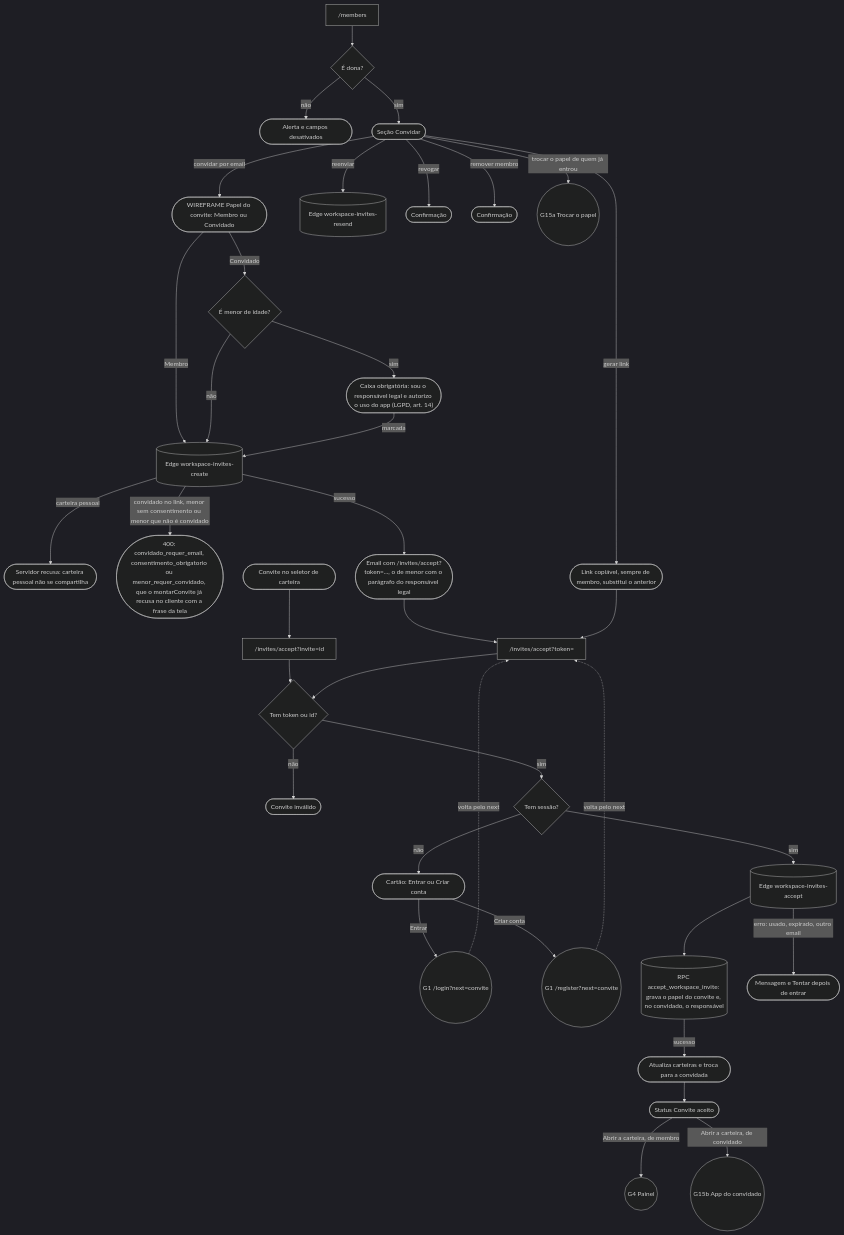
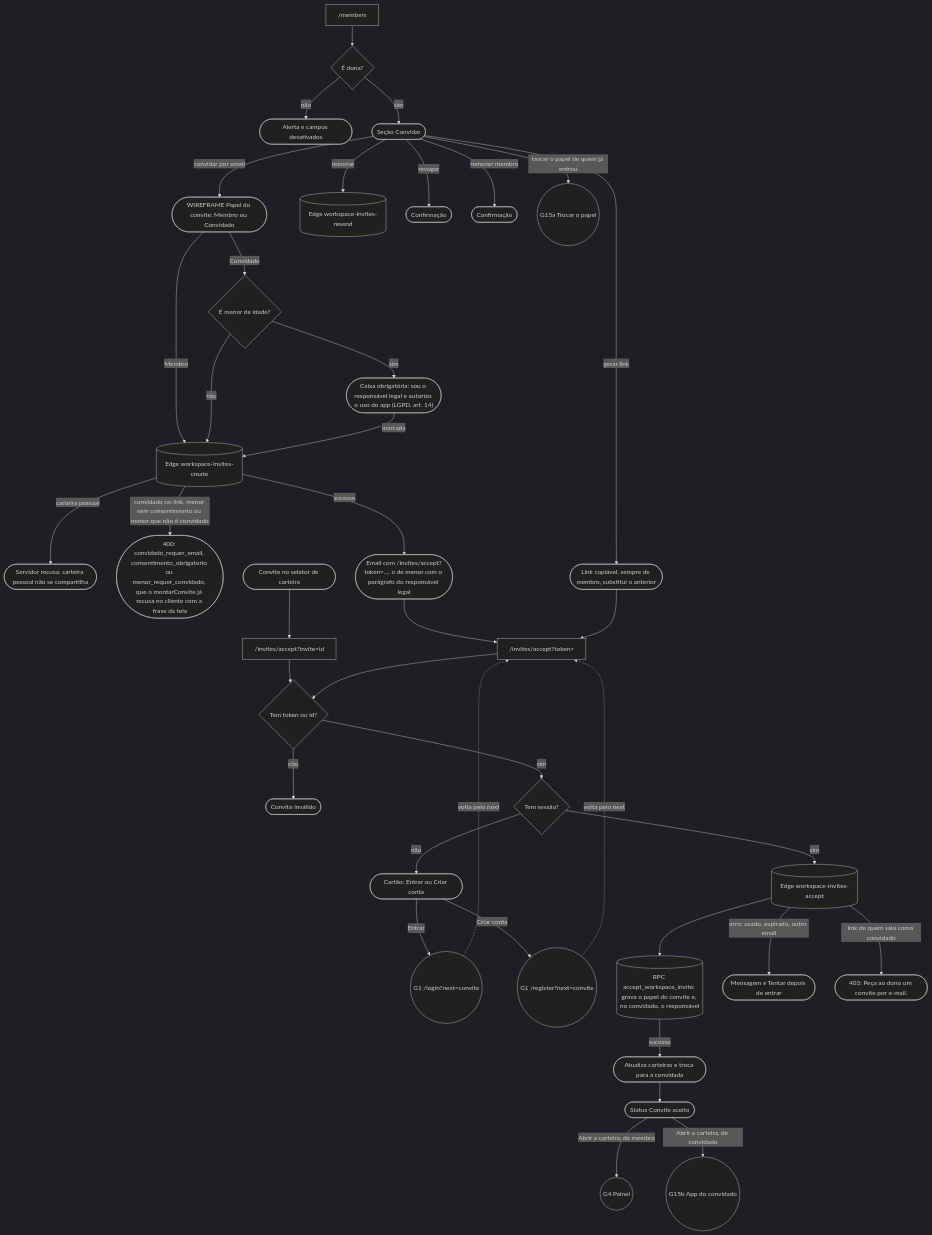
One commit to kauax2000/finance_app changed the fifth of 29 diagrams in docs/JORNADAS.md. Above: the diagram before and after it, drawn with Mermaid. The commit also changed other lines of this file and 8 other files, not shown here.

````diff
--- a/docs/JORNADAS.md
+++ b/docs/JORNADAS.md
@@ -328,41 +323,42 @@
 ```mermaid
 %%{init: {"theme": "dark"}}%%
 flowchart TD
     members["/members"] --> isOwner{"É dona?"}
     isOwner -->|"não"| readonly(["Alerta e campos desativados"])
     isOwner -->|"sim"| actions(["Seção Convidar"])
     actions -->|"convidar por email"| papel(["WIREFRAME Papel do convite: Membro ou Convidado"])
     papel -->|"Membro"| create[("Edge workspace-invites-create")]
     papel -->|"Convidado"| menorQ{"É menor de idade?"}
     menorQ -->|"não"| create
     menorQ -->|"sim"| consent(["Caixa obrigatória: sou o responsável legal e autorizo o uso do app (LGPD, art. 14)"])
     consent -->|"marcada"| create
     create -->|"carteira pessoal"| rejected(["Servidor recusa: carteira pessoal não se compartilha"])
     create -->|"convidado no link, menor sem consentimento ou menor que não é convidado"| recusa(["400: convidado_requer_email, consentimento_obrigatorio ou menor_requer_convidado, que o montarConvite já recusa no cliente com a frase da tela"])
     create -->|"sucesso"| mail(["Email com /invites/accept?token=..., o de menor com o parágrafo do responsável legal"])
     actions -->|"gerar link"| link(["Link copiável, sempre de membro, substitui o anterior"])
     actions -->|"reenviar"| resend[("Edge workspace-invites-resend")]
     actions -->|"revogar"| revoke(["Confirmação"])
     actions -->|"remover membro"| remove(["Confirmação"])
     actions -->|"trocar o papel de quem já entrou"| G15a(("G15a Trocar o papel"))
 
     mail --> acceptPage["/invites/accept?token="]
     link --> acceptPage
     picker(["Convite no seletor de carteira"]) --> acceptById["/invites/accept?invite=id"]
     acceptById --> hasToken
     acceptPage --> hasToken{"Tem token ou id?"}
     hasToken -->|"não"| invalid(["Convite inválido"])
     hasToken -->|"sim"| logged{"Tem sessão?"}
     logged -->|"não"| gate(["Cartão: Entrar ou Criar conta"])
     gate -->|"Entrar"| login(("G1 /login?next=convite"))
     gate -->|"Criar conta"| register(("G1 /register?next=convite"))
     login -.->|"volta pelo next"| acceptPage
     register -.->|"volta pelo next"| acceptPage
     logged -->|"sim"| acceptFn[("Edge workspace-invites-accept")]
     acceptFn --> grava[("RPC accept_workspace_invite: grava o papel do convite e, no convidado, o responsável")]
     acceptFn -->|"erro: usado, expirado, outro email"| fail(["Mensagem e Tentar depois de entrar"])
+    acceptFn -->|"link de quem saiu como convidado"| exConv(["403: Peça ao dono um convite por e-mail."])
     grava -->|"sucesso"| switched(["Atualiza carteiras e troca para a convidada"])
     switched --> accepted(["Status Convite aceito"])
     accepted -->|"Abrir a carteira, de membro"| dash(("G4 Painel"))
     accepted -->|"Abrir a carteira, de convidado"| guest(("G15b App do convidado"))
 ```
````
